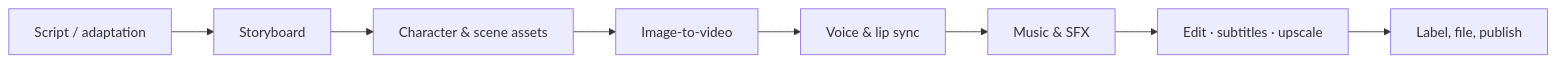
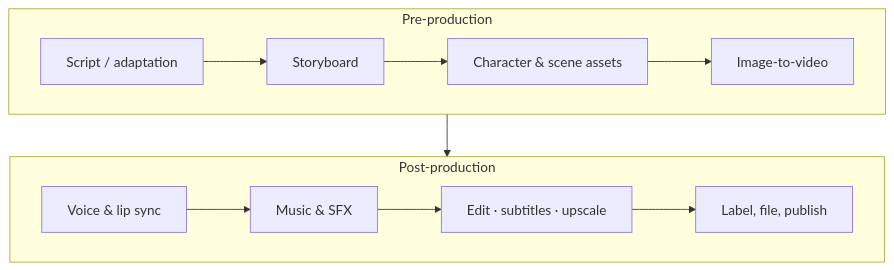
Before and after one commit to DU8866-nice/awesome-ai-drama: the diagram in README.en.md, drawn with Mermaid. The commit also changed 2 other files, not shown here.

Commit message:
Lay out the pipeline diagram in two rows

````diff
--- a/README.en.md
+++ b/README.en.md
@@ -15,10 +15,12 @@
 ```mermaid
-flowchart LR
-  A[Script / adaptation] --> B[Storyboard]
-  B --> C[Character & scene assets]
-  C --> D[Image-to-video]
-  D --> E[Voice & lip sync]
-  E --> F[Music & SFX]
-  F --> G[Edit · subtitles · upscale]
-  G --> H[Label, file, publish]
+flowchart TB
+  subgraph P1 [Pre-production]
+    direction LR
+    A[Script / adaptation] --> B[Storyboard] --> C[Character & scene assets] --> D[Image-to-video]
+  end
+  subgraph P2 [Post-production]
+    direction LR
+    E[Voice & lip sync] --> F[Music & SFX] --> G[Edit · subtitles · upscale] --> H[Label, file, publish]
+  end
+  P1 --> P2
 ```
````
